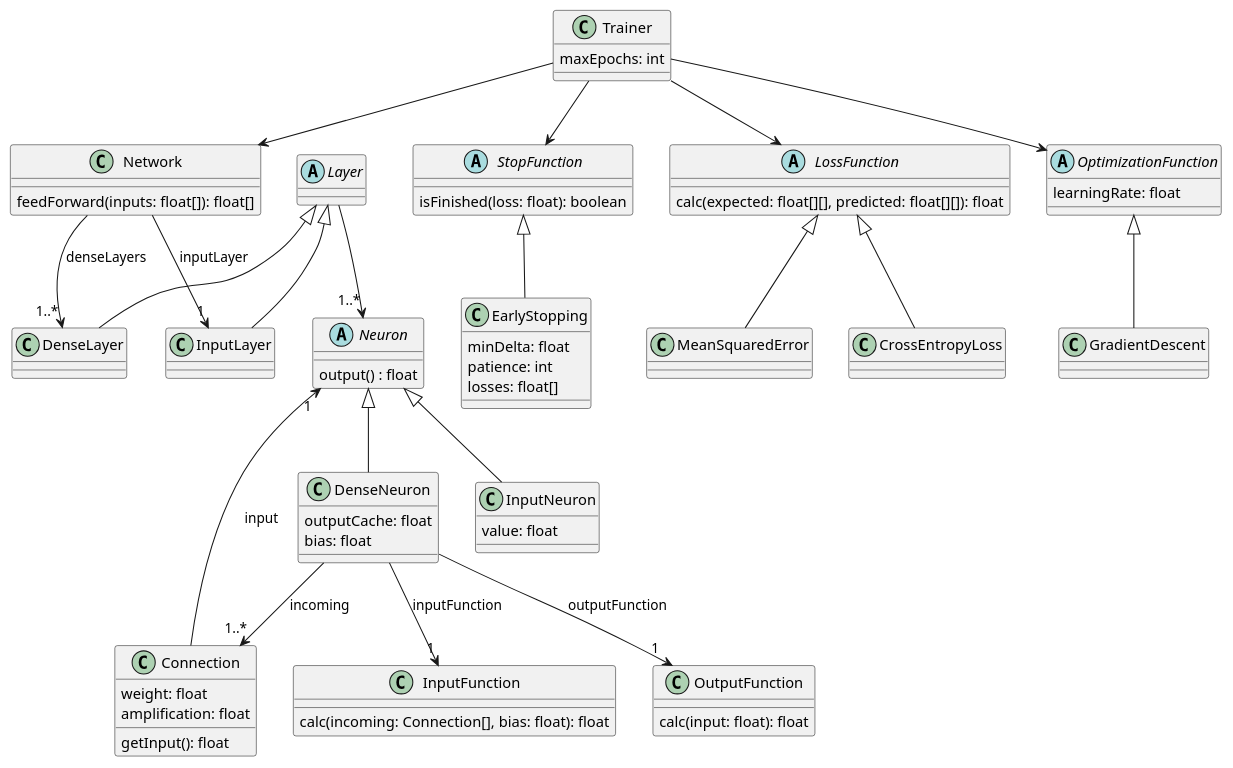
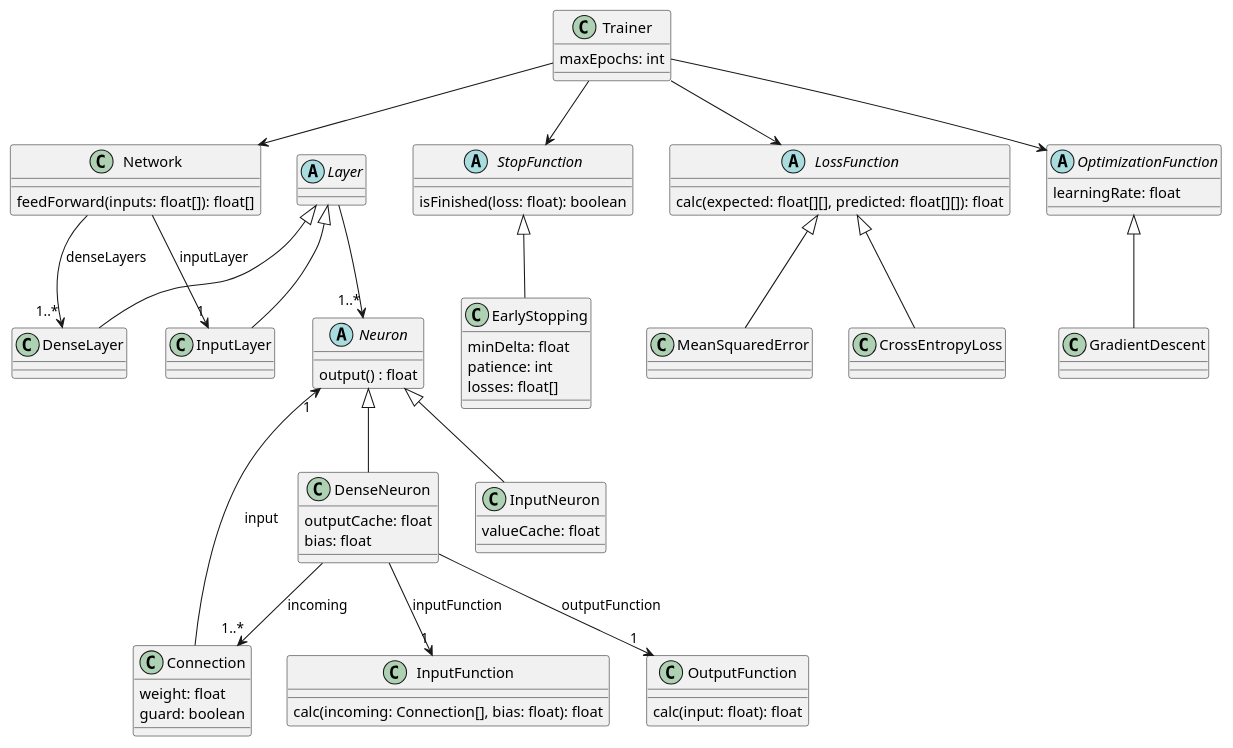
Before and after one commit to IP-TeamC/KNN: the diagram in knn.plantuml, drawn with PlantUML. The commit also changed 31 other files, not shown here.

```diff
--- a/knn.plantuml
+++ b/knn.plantuml
@@ -1,103 +1,102 @@
 @startuml
 
 Trainer --> Network
 Trainer --> StopFunction
 Trainer --> LossFunction
 Trainer --> OptimizationFunction
 class Trainer {
     maxEpochs: int
 }
 
 ' Early Stopping
 abstract class StopFunction {
     isFinished(loss: float): boolean
 }
 
 StopFunction <|-- EarlyStopping
 class EarlyStopping {
     minDelta: float
     patience: int
     losses: float[]
 }
 
 abstract class LossFunction {
     ' ( Expected für alle Output-Neuronen, Predicted für alle Output-Neuronen ) je Datensatz
     'calc(inputs: (float[], float[])[]): float
 
     ' Expected/Predicted für alle Output-Neuronen (innen) je Datensatz (außen)
     calc(expected: float[][], predicted: float[][]): float
 }
 
 LossFunction <|-- MeanSquaredError
 class MeanSquaredError {
 }
 
 LossFunction <|-- CrossEntropyLoss
 class CrossEntropyLoss {
 }
 
 ' Lernfunktion: Gradient Descent / Lernfunktion
 abstract class OptimizationFunction {
     learningRate: float
 
 }
 
 OptimizationFunction <|-- GradientDescent
 class GradientDescent {
     ' TODO?
 }
 
 Network --> "1" InputLayer : inputLayer
 Network --> "1..*" DenseLayer : denseLayers
 class Network {
     feedForward(inputs: float[]): float[]
 }
 
 ' Ausgabe (Aktivierungsfunktion)
 class OutputFunction {
     calc(input: float): float
 }
 
 ' Übertragungsfunktion
 class InputFunction {
     calc(incoming: Connection[], bias: float): float
 }
 
 Connection --> "1" Neuron : input
 class Connection {
     weight: float
-    amplification: float
-    getInput(): float
+    guard: boolean
 }
 
 Neuron <|-- InputNeuron
 class InputNeuron {
-    value: float
+    valueCache: float
 }
 
 DenseNeuron --> "1" OutputFunction : outputFunction
 DenseNeuron --> "1" InputFunction : inputFunction
 DenseNeuron --> "1..*" Connection : incoming
 Neuron <|-- DenseNeuron
 class DenseNeuron {
     outputCache: float
     bias: float
 }
 
 abstract class Neuron {
     output() : float
 }
 
 Layer --> "1..*" Neuron
 abstract class Layer {
 }
 
 Layer <|-- InputLayer
 class InputLayer {
 }
 
 Layer <|-- DenseLayer
 class DenseLayer {
 }
 
 @enduml
```
